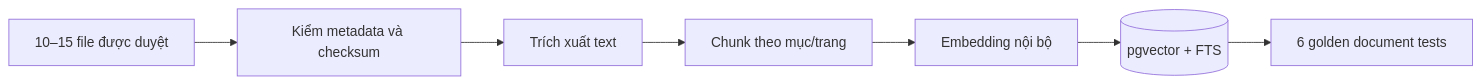
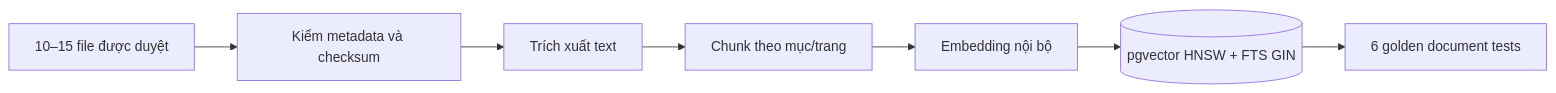
Before and after one commit to TrongNamNguyen/Chat_Widget: the fifth of 5 diagrams in workflow_final_2_thang.md, drawn with Mermaid. The commit also changed other lines of this file, not shown here.

````diff
--- a/workflow_final_2_thang.md
+++ b/workflow_final_2_thang.md
@@ -146,9 +519,9 @@
 ```mermaid
 flowchart LR
     F[10–15 file được duyệt] --> M[Kiểm metadata và checksum]
     M --> X[Trích xuất text]
     X --> C[Chunk theo mục/trang]
     C --> E[Embedding nội bộ]
-    E --> I[(pgvector + FTS)]
+    E --> I[(pgvector HNSW + FTS GIN)]
     I --> T[6 golden document tests]
 ```
````
